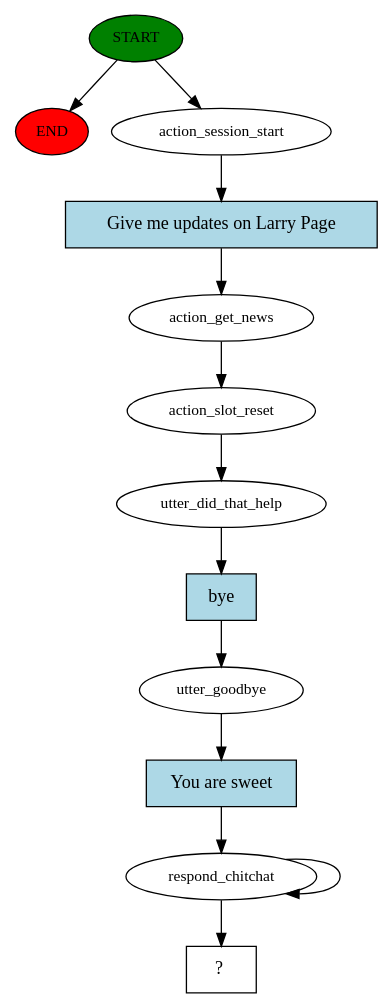
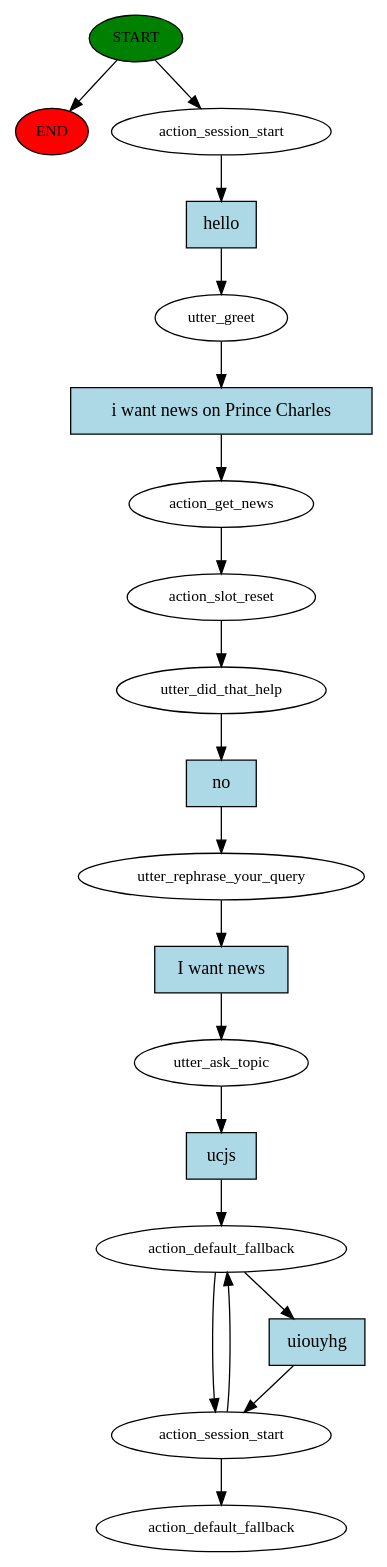
The diagram in story_graph.dot (AyodejiIbimilua/jamisi-bot), drawn with Graphviz before and after one commit. The commit also changed 19 other files, not shown here.

```diff
--- a/story_graph.dot
+++ b/story_graph.dot
@@ -1,26 +1,39 @@
 digraph  {
 0 [class="start active", fillcolor=green, fontsize=12, label=START, style=filled];
 "-1" [class=end, fillcolor=red, fontsize=12, label=END, style=filled];
 1 [class=active, fontsize=12, label=action_session_start];
-2 [class=active, fontsize=12, label=action_get_news];
-3 [class=active, fontsize=12, label=action_slot_reset];
-4 [class=active, fontsize=12, label=utter_did_that_help];
-5 [class=active, fontsize=12, label=utter_goodbye];
-6 [class=active, fontsize=12, label=respond_chitchat];
-10 [class="intent dashed active", label="  ?  ", shape=rect];
-11 [class="intent active", fillcolor=lightblue, label="Give me updates on Larry Page", shape=rect, style=filled];
-12 [class="intent active", fillcolor=lightblue, label=bye, shape=rect, style=filled];
-13 [class="intent active", fillcolor=lightblue, label="You are sweet", shape=rect, style=filled];
+2 [class=active, fontsize=12, label=utter_greet];
+3 [class=active, fontsize=12, label=action_get_news];
+4 [class=active, fontsize=12, label=action_slot_reset];
+5 [class=active, fontsize=12, label=utter_did_that_help];
+6 [class=active, fontsize=12, label=utter_rephrase_your_query];
+7 [class=active, fontsize=12, label=utter_ask_topic];
+8 [class=active, fontsize=12, label=action_default_fallback];
+9 [class=active, fontsize=12, label=action_session_start];
+14 [class="dashed active", fontsize=12, label=action_default_fallback];
+15 [class="intent active", fillcolor=lightblue, label=hello, shape=rect, style=filled];
+16 [class="intent active", fillcolor=lightblue, label="i want news on Prince Charles", shape=rect, style=filled];
+17 [class="intent active", fillcolor=lightblue, label=no, shape=rect, style=filled];
+18 [class="intent active", fillcolor=lightblue, label="I want news", shape=rect, style=filled];
+19 [class="intent active", fillcolor=lightblue, label=ucjs, shape=rect, style=filled];
+20 [class="intent active", fillcolor=lightblue, label=uiouyhg, shape=rect, style=filled];
 0 -> "-1"  [class="", key=NONE, label=""];
 0 -> 1  [class=active, key=NONE, label=""];
-1 -> 11  [class=active, key=0];
-2 -> 3  [class=active, key=NONE, label=""];
+1 -> 15  [class=active, key=0];
+2 -> 16  [class=active, key=0];
 3 -> 4  [class=active, key=NONE, label=""];
-4 -> 12  [class=active, key=0];
-5 -> 13  [class=active, key=0];
-6 -> 6  [class=active, key=NONE, label=""];
-6 -> 10  [class=active, key=NONE, label=""];
-11 -> 2  [class=active, key=0];
-12 -> 5  [class=active, key=0];
-13 -> 6  [class=active, key=0];
+4 -> 5  [class=active, key=NONE, label=""];
+5 -> 17  [class=active, key=0];
+6 -> 18  [class=active, key=0];
+7 -> 19  [class=active, key=0];
+8 -> 9  [class=active, key=NONE, label=""];
+8 -> 20  [class=active, key=0];
+9 -> 8  [class=active, key=NONE, label=""];
+9 -> 14  [class=active, key=NONE, label=""];
+15 -> 2  [class=active, key=0];
+16 -> 3  [class=active, key=0];
+17 -> 6  [class=active, key=0];
+18 -> 7  [class=active, key=0];
+19 -> 8  [class=active, key=0];
+20 -> 9  [class=active, key=0];
 }
```
